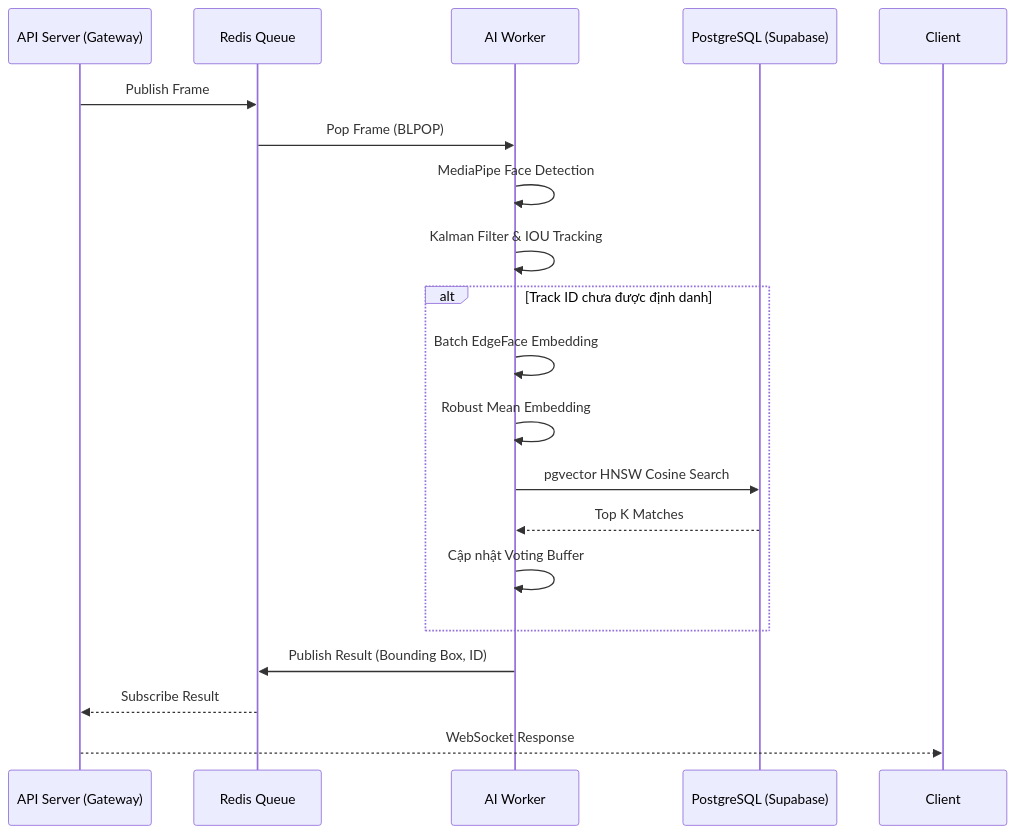
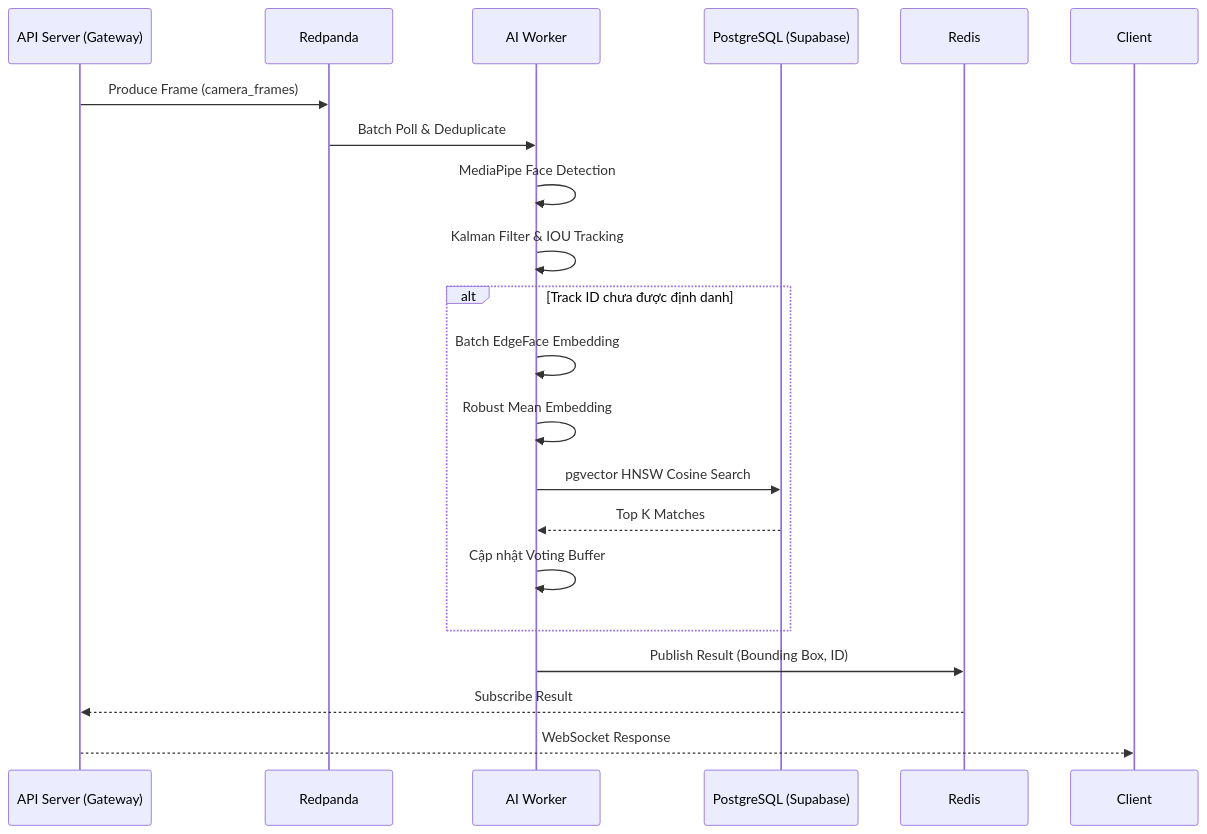
The diagram in docs/ai_pipeline.md (hotrungtruc/CustomerLens), drawn with Mermaid before and after one commit. The commit also changed other lines of this file and 18 other files, not shown here.

````diff
--- a/docs/ai_pipeline.md
+++ b/docs/ai_pipeline.md
@@ -49,24 +49,24 @@
 ```mermaid
 sequenceDiagram
     participant API as API Server (Gateway)
-    participant Redis as Redis Queue
+    participant RP as Redpanda
     participant Worker as AI Worker
     participant DB as PostgreSQL (Supabase)
 
-    API->>Redis: Publish Frame
-    Redis->>Worker: Pop Frame (BLPOP)
+    API->>RP: Produce Frame (camera_frames)
+    RP->>Worker: Batch Poll & Deduplicate
     Worker->>Worker: MediaPipe Face Detection
     Worker->>Worker: Kalman Filter & IOU Tracking
     
     alt Track ID chưa được định danh
         Worker->>Worker: Batch EdgeFace Embedding
         Worker->>Worker: Robust Mean Embedding
         Worker->>DB: pgvector HNSW Cosine Search
         DB-->>Worker: Top K Matches
         Worker->>Worker: Cập nhật Voting Buffer
     end
     
     Worker->>Redis: Publish Result (Bounding Box, ID)
     Redis-->>API: Subscribe Result
     API-->>Client: WebSocket Response
 ```
````
